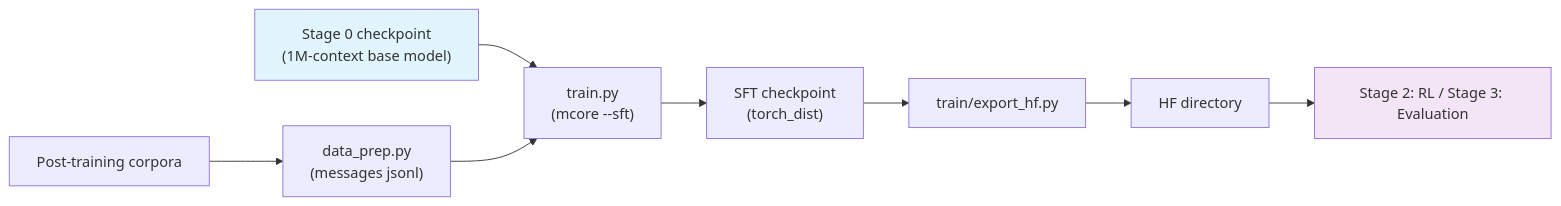
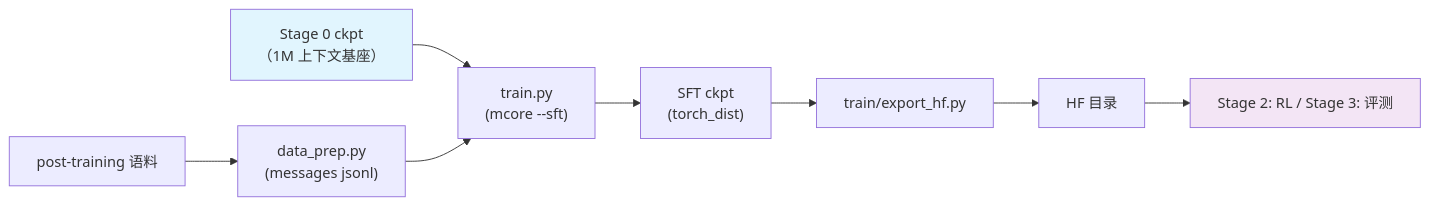
One commit to zongzhilou/shensi changed the diagram in src/shensi/recipes/shensi/stage1_sft/README.md. Above: the diagram before and after it, drawn with Mermaid. The commit also changed other lines of this file and 13 other files, not shown here.

````diff
--- a/src/shensi/recipes/shensi/stage1_sft/README.md
+++ b/src/shensi/recipes/shensi/stage1_sft/README.md
@@ -103,11 +94,10 @@
 ```mermaid
 flowchart LR
-    prev["Stage 0 checkpoint<br/>(1M-context base model)"] --> tr["train.py<br/>(mcore --sft)"]
-    inst["Post-training corpora"] --> dp["data_prep.py<br/>(messages jsonl)"] --> tr
-    tr --> ckpt["SFT checkpoint<br/>(torch_dist)"]
-    ckpt --> exp["train/export_hf.py"] --> hf["HF directory"]
-    hf --> next["Stage 2: RL / Stage 3: Evaluation"]
-
+    prev["Stage 0 ckpt<br/>（1M 上下文基座）"] --> tr["train.py<br/>(mcore --sft)"]
+    inst["post-training 语料"] --> dp["data_prep.py<br/>(messages jsonl)"] --> tr
+    tr --> ckpt["SFT ckpt<br/>(torch_dist)"]
+    ckpt --> exp["train/export_hf.py"] --> hf["HF 目录"]
+    hf --> next["Stage 2: RL / Stage 3: 评测"]
     style prev fill:#e1f5fe
     style next fill:#f3e5f5
 ```
````
